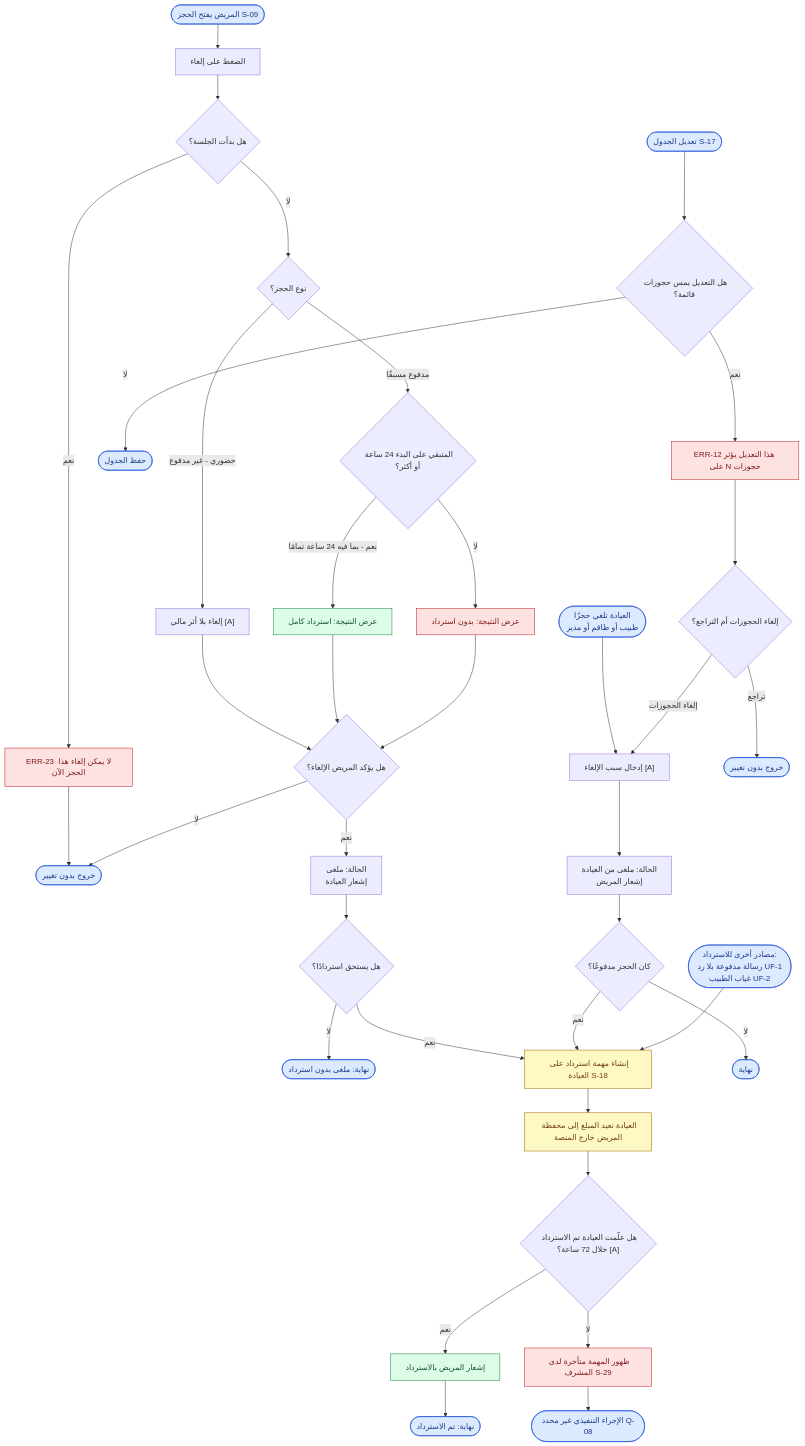
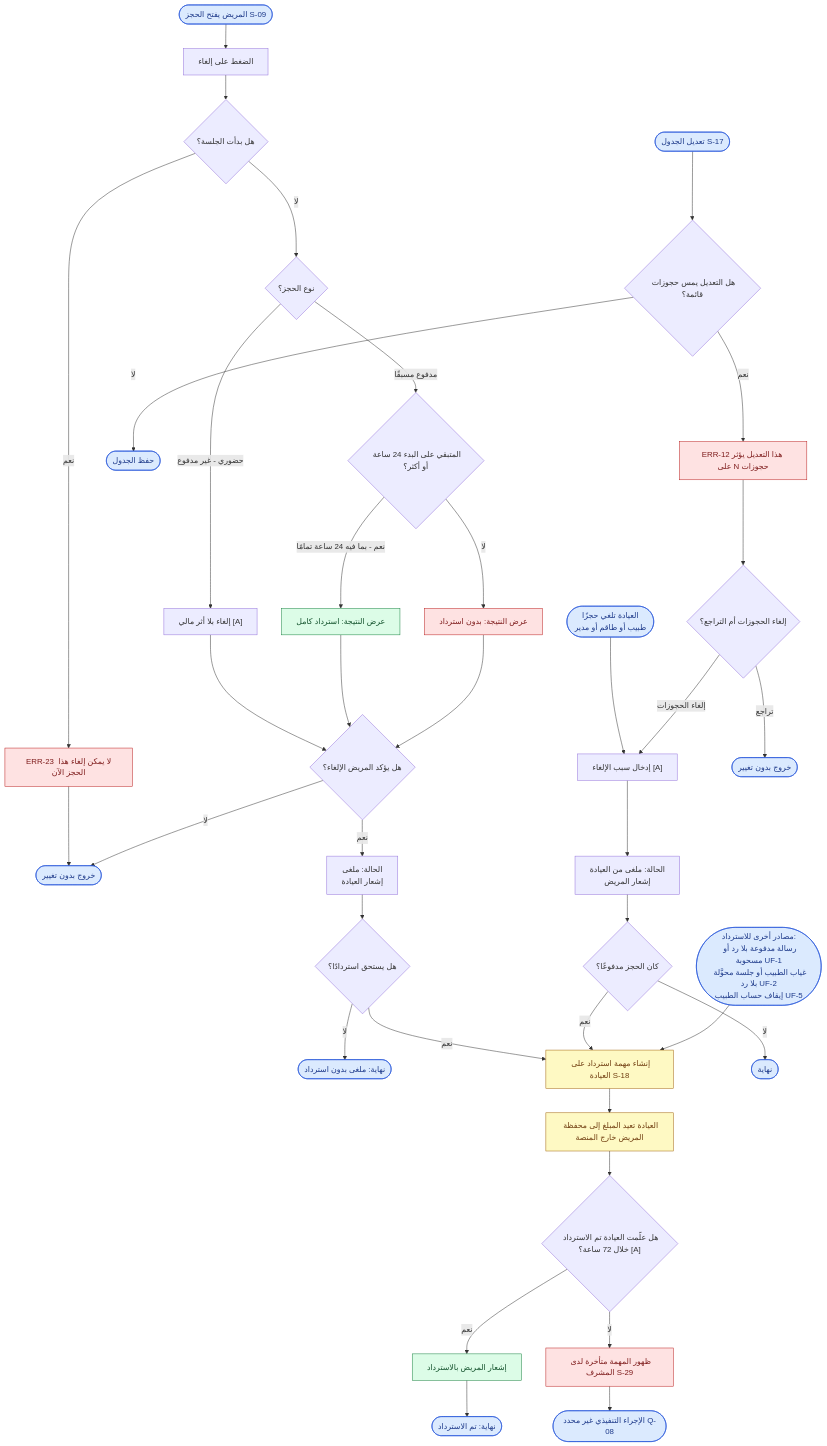
The ninth of 12 diagrams in docs/user-flow.ar.md (foxamoca/iltiam), drawn with Mermaid before and after one commit. The commit also changed other lines of this file and 6 other files, not shown here.

Commit message:
docs: update PRD (Arabic + PDFs), user flows and UI/UX to v1.1

````diff
--- a/docs/user-flow.ar.md
+++ b/docs/user-flow.ar.md
@@ -583,50 +614,50 @@
 ```mermaid
 flowchart TD
     PSTART(["المريض يفتح الحجز S-09"]) --> PCAN["الضغط على إلغاء"]
     PCAN --> STARTED{"هل بدأت الجلسة؟"}
     STARTED -->|"نعم"| ERR23["ERR-23 لا يمكن إلغاء هذا الحجز الآن"]
     ERR23 --> PX(["خروج بدون تغيير"])
     STARTED -->|"لا"| TYPE{"نوع الحجز؟"}
     TYPE -->|"حضوري - غير مدفوع"| INP["إلغاء بلا أثر مالي [A]"]
     INP --> PCONF
     TYPE -->|"مدفوع مسبقًا"| TIME{"المتبقي على البدء 24 ساعة أو أكثر؟"}
     TIME -->|"نعم - بما فيه 24 ساعة تمامًا"| SHOWR["عرض النتيجة: استرداد كامل"]
     TIME -->|"لا"| SHOWN["عرض النتيجة: بدون استرداد"]
     SHOWR --> PCONF{"هل يؤكد المريض الإلغاء؟"}
     SHOWN --> PCONF
     PCONF -->|"لا"| PX
     PCONF -->|"نعم"| CANCELLED["الحالة: ملغى<br/>إشعار العيادة"]
     CANCELLED --> NEEDR{"هل يستحق استردادًا؟"}
     NEEDR -->|"لا"| DONE0(["نهاية: ملغى بدون استرداد"])
     NEEDR -->|"نعم"| TASK
 
     CSTART(["العيادة تلغي حجزًا<br/>طبيب أو طاقم أو مدير"]) --> CREASON["إدخال سبب الإلغاء [A]"]
     SCHED(["تعديل الجدول S-17"]) --> CONFLICT{"هل التعديل يمس حجوزات قائمة؟"}
     CONFLICT -->|"لا"| SAVED(["حفظ الجدول"])
     CONFLICT -->|"نعم"| ERR12["ERR-12 هذا التعديل يؤثر على N حجوزات"]
     ERR12 --> SCHOICE{"إلغاء الحجوزات أم التراجع؟"}
     SCHOICE -->|"تراجع"| SAVED2(["خروج بدون تغيير"])
     SCHOICE -->|"إلغاء الحجوزات"| CREASON
     CREASON --> CCANC["الحالة: ملغى من العيادة<br/>إشعار المريض"]
     CCANC --> CPAID{"كان الحجز مدفوعًا؟"}
     CPAID -->|"لا"| DONE1(["نهاية"])
     CPAID -->|"نعم"| TASK
 
-    OTHERSRC(["مصادر أخرى للاسترداد:<br/>رسالة مدفوعة بلا رد UF-1<br/>غياب الطبيب UF-2"]) --> TASK
+    OTHERSRC(["مصادر أخرى للاسترداد:<br/>رسالة مدفوعة بلا رد أو مسحوبة UF-1<br/>غياب الطبيب أو جلسة محوَّلة بلا رد UF-2<br/>إيقاف حساب الطبيب UF-5"]) --> TASK
 
     TASK["إنشاء مهمة استرداد على العيادة S-18"] --> REFUND["العيادة تعيد المبلغ إلى محفظة المريض خارج المنصة"]
     REFUND --> MARKED{"هل علّمت العيادة تم الاسترداد خلال 72 ساعة؟ [A]"}
     MARKED -->|"نعم"| NOTIFY["إشعار المريض بالاسترداد"]
     NOTIFY --> DONE2(["نهاية: تم الاسترداد"])
     MARKED -->|"لا"| OVERDUE["ظهور المهمة متأخرة لدى المشرف S-29"]
     OVERDUE --> ENF(["الإجراء التنفيذي غير محدد Q-08"])
 
     classDef entry fill:#dbeafe,stroke:#1d4ed8,color:#1e3a8a
     classDef success fill:#dcfce7,stroke:#15803d,color:#14532d
     classDef error fill:#fee2e2,stroke:#b91c1c,color:#7f1d1d
     classDef pending fill:#fef9c3,stroke:#a16207,color:#713f12
     class PSTART,PX,DONE0,CSTART,SCHED,SAVED,SAVED2,DONE1,OTHERSRC,DONE2,ENF entry
     class NOTIFY,SHOWR success
     class ERR23,ERR12,OVERDUE,SHOWN error
     class TASK,REFUND pending
 ```
````
